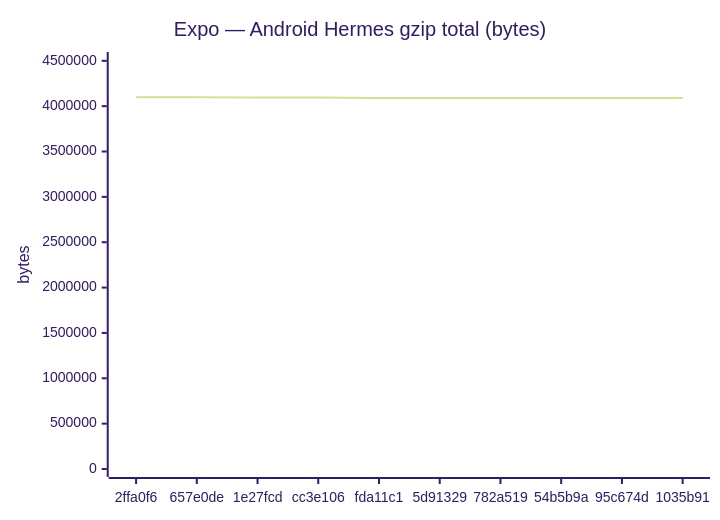
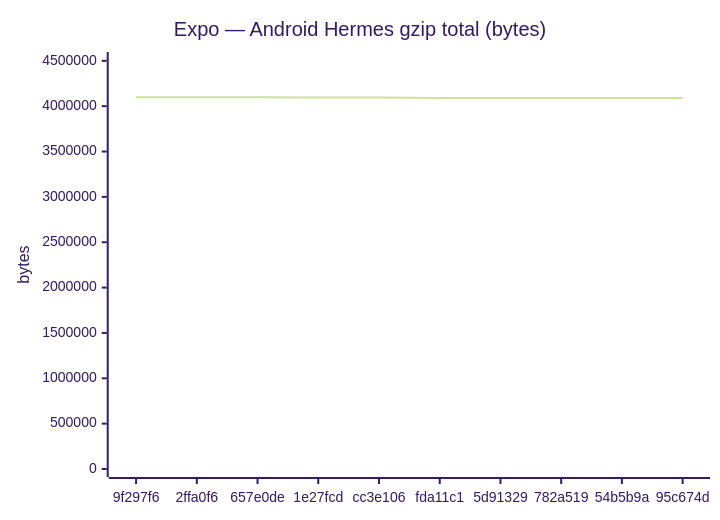
One commit to Metaheurist/Rianell changed the fifth of 18 diagrams in benchmarks/compare.md. Above: the diagram before and after it, drawn with Mermaid (forest theme). The commit also changed other lines of this file and 11 other files, not shown here.

````diff
--- a/benchmarks/compare.md
+++ b/benchmarks/compare.md
@@ -89,7 +89,7 @@
 ```mermaid
 xychart-beta
     title "Expo — Android Hermes gzip total (bytes)"
-    x-axis ["2ffa0f6", "657e0de", "1e27fcd", "cc3e106", "fda11c1", "5d91329", "782a519", "54b5b9a", "95c674d", "1035b91"]
+    x-axis ["9f297f6", "2ffa0f6", "657e0de", "1e27fcd", "cc3e106", "fda11c1", "5d91329", "782a519", "54b5b9a", "95c674d"]
     y-axis "bytes" 0 --> 4509037
-    line [4099124, 4098083, 4094465, 4094465, 4090789, 4090787, 4090360, 4089313, 4088814, 4088813]
+    line [4099121, 4099124, 4098083, 4094465, 4094465, 4090789, 4090787, 4090360, 4089313, 4088814]
 ```
````
